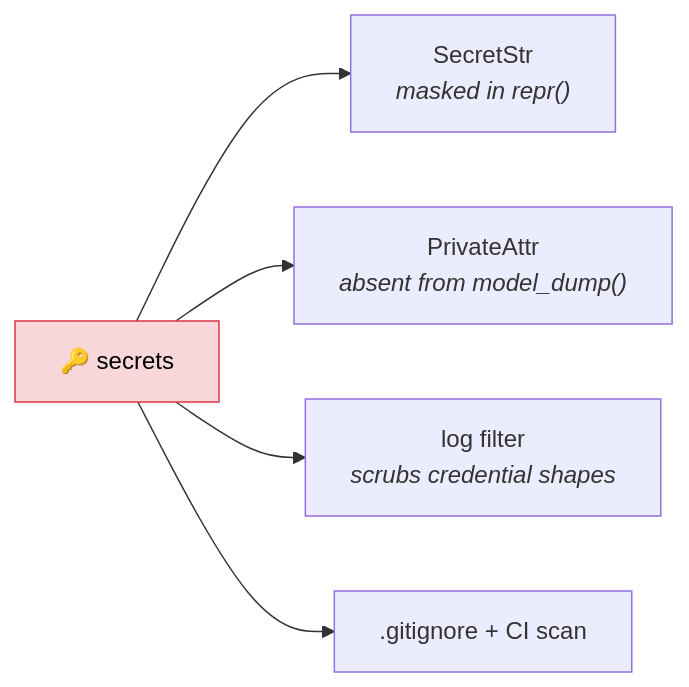
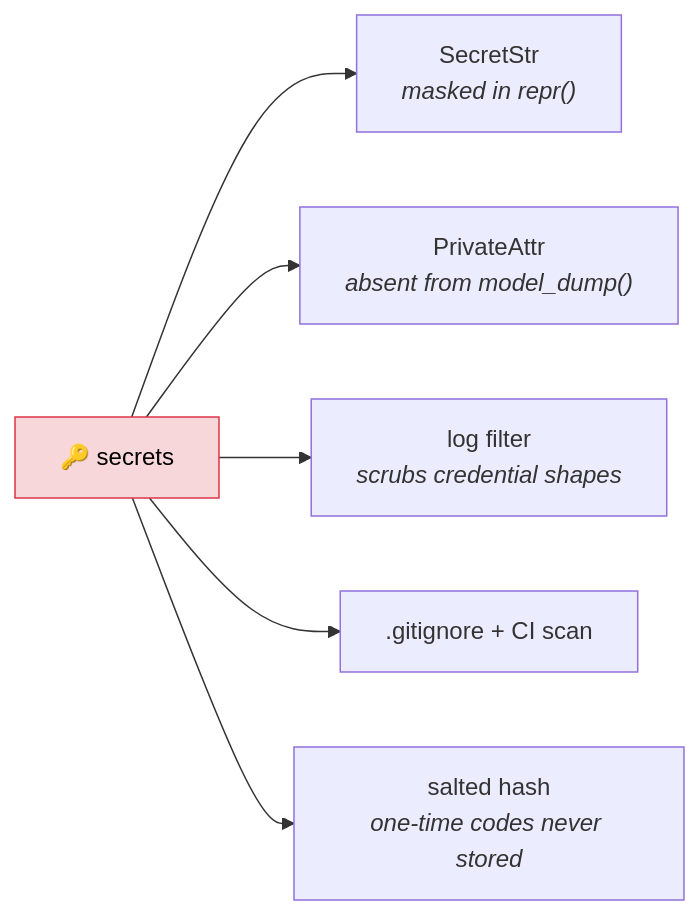
The ninth of 9 diagrams in README.md (0DevDutt0/BrightCare-Clinic-Bot), drawn with Mermaid before and after one commit. The commit also changed other lines of this file and 20 other files, not shown here.

````diff
--- a/README.md
+++ b/README.md
@@ -464,8 +613,9 @@
 ```mermaid
 flowchart LR
     S["🔑 secrets"] --> A["SecretStr<br/><i>masked in repr()</i>"]
     S --> B["PrivateAttr<br/><i>absent from model_dump()</i>"]
     S --> C["log filter<br/><i>scrubs credential shapes</i>"]
     S --> D[".gitignore + CI scan"]
+    S --> E["salted hash<br/><i>one-time codes never stored</i>"]
     style S fill:#f8d7da,stroke:#dc3545,color:#000
 ```
````
